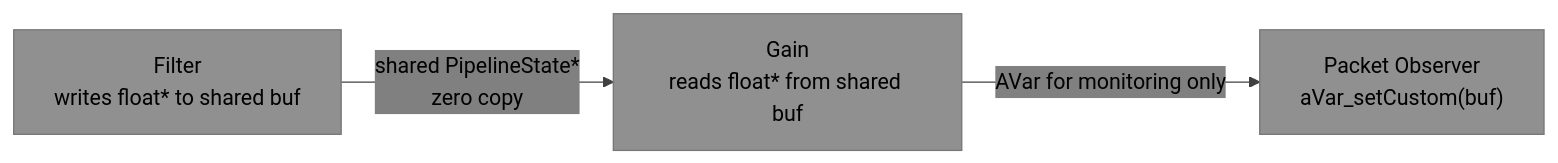
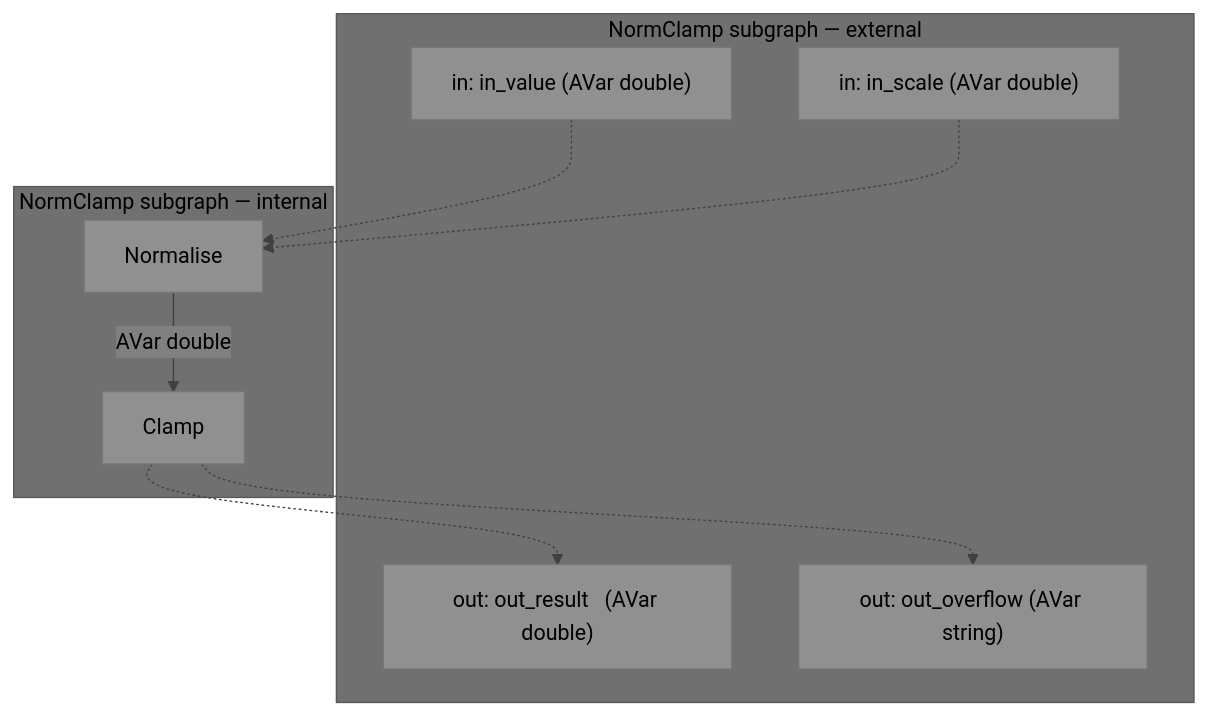
One commit to visionik/anyflux changed the tenth of 11 diagrams in docs/api.md. Above: the diagram before and after it, drawn with Mermaid. The commit also changed other lines of this file, not shown here.

Commit message:
docs: restructure examples — native-first (5.1-5.3), AVar introduced in 5.4

````diff
--- a/docs/api.md
+++ b/docs/api.md
@@ -540,6 +612,17 @@
 ```mermaid
 %%{init: {'theme': 'base', 'themeVariables': { 'primaryColor': '#909090', 'secondaryColor': '#808080', 'tertiaryColor': '#707070', 'primaryTextColor': '#000000', 'secondaryTextColor': '#000000', 'tertiaryTextColor': '#000000', 'noteTextColor': '#000000', 'lineColor': '#404040' }}}%%
-graph LR
-    A["Filter\nwrites float* to shared buf"] -->|"shared PipelineState*\nzero copy"| B["Gain\nreads float* from shared buf"]
-    B -->|"AVar for monitoring only"| OBS["Packet Observer\naVar_setCustom(buf)"]
+graph TB
+    subgraph "NormClamp subgraph — external"
+        EI1["in: in_value  (AVar double)"]
+        EI2["in: in_scale  (AVar double)"]
+        EO1["out: out_result   (AVar double)"]
+        EO2["out: out_overflow (AVar string)"]
+    end
+    subgraph "NormClamp subgraph — internal"
+        NORM[Normalise] -->|"AVar double"| CLAMP[Clamp]
+    end
+    EI1 -.-> NORM
+    EI2 -.-> NORM
+    CLAMP -.-> EO1
+    CLAMP -.-> EO2
 ```
````
